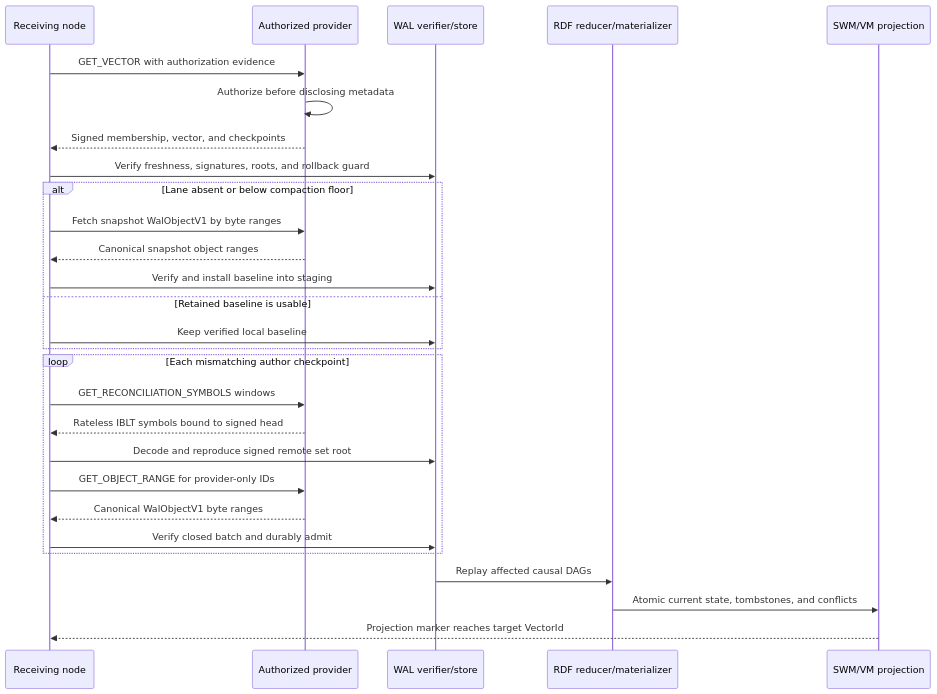
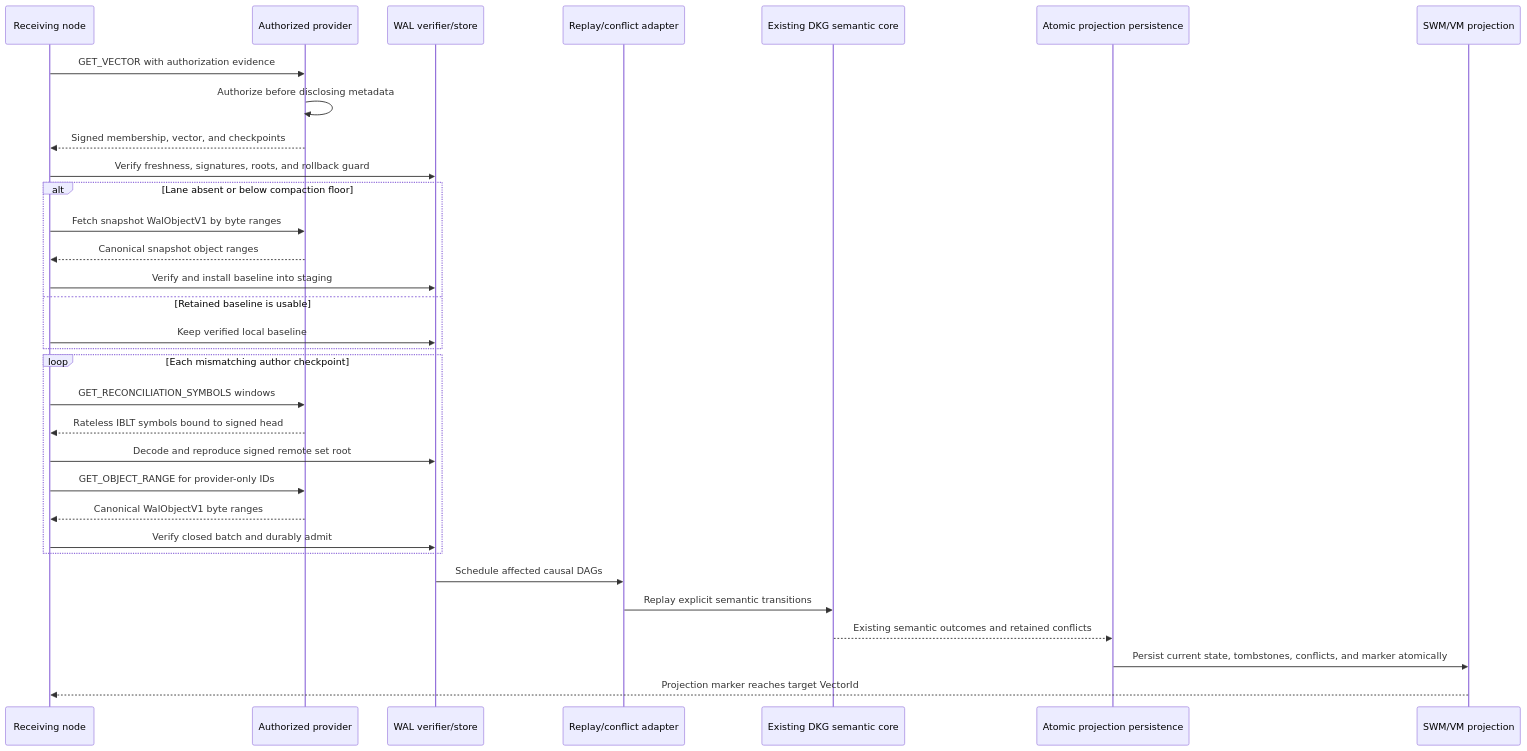
One commit to OriginTrail/dkg changed diagram 11 of 12 in docs/active-now/wal-parallel-protocol-task-pack/OT-RFC-65-wal-byte-set-reconciliation-sync.md. Above: the diagram before and after it, drawn with Mermaid. The commit also changed other lines of this file and 32 other files, not shown here.

Commit message:
Enforce one shared DKG semantic core

````diff
--- a/docs/active-now/wal-parallel-protocol-task-pack/OT-RFC-65-wal-byte-set-reconciliation-sync.md
+++ b/docs/active-now/wal-parallel-protocol-task-pack/OT-RFC-65-wal-byte-set-reconciliation-sync.md
@@ -2025,31 +2114,35 @@
 ```mermaid
 sequenceDiagram
     participant R as Receiving node
     participant P as Authorized provider
     participant W as WAL verifier/store
-    participant A as RDF reducer/materializer
+    participant A as Replay/conflict adapter
+    participant S as Existing DKG semantic core
+    participant M as Atomic projection persistence
     participant G as SWM/VM projection
 
     R->>P: GET_VECTOR with authorization evidence
     P->>P: Authorize before disclosing metadata
     P-->>R: Signed membership, vector, and checkpoints
     R->>W: Verify freshness, signatures, roots, and rollback guard
     alt Lane absent or below compaction floor
         R->>P: Fetch snapshot WalObjectV1 by byte ranges
         P-->>R: Canonical snapshot object ranges
         R->>W: Verify and install baseline into staging
     else Retained baseline is usable
         R->>W: Keep verified local baseline
     end
     loop Each mismatching author checkpoint
         R->>P: GET_RECONCILIATION_SYMBOLS windows
         P-->>R: Rateless IBLT symbols bound to signed head
         R->>W: Decode and reproduce signed remote set root
         R->>P: GET_OBJECT_RANGE for provider-only IDs
         P-->>R: Canonical WalObjectV1 byte ranges
         R->>W: Verify closed batch and durably admit
     end
-    W->>A: Replay affected causal DAGs
-    A->>G: Atomic current state, tombstones, and conflicts
+    W->>A: Schedule affected causal DAGs
+    A->>S: Replay explicit semantic transitions
+    S-->>M: Existing semantic outcomes and retained conflicts
+    M->>G: Persist current state, tombstones, conflicts, and marker atomically
     G-->>R: Projection marker reaches target VectorId
 ```
````
